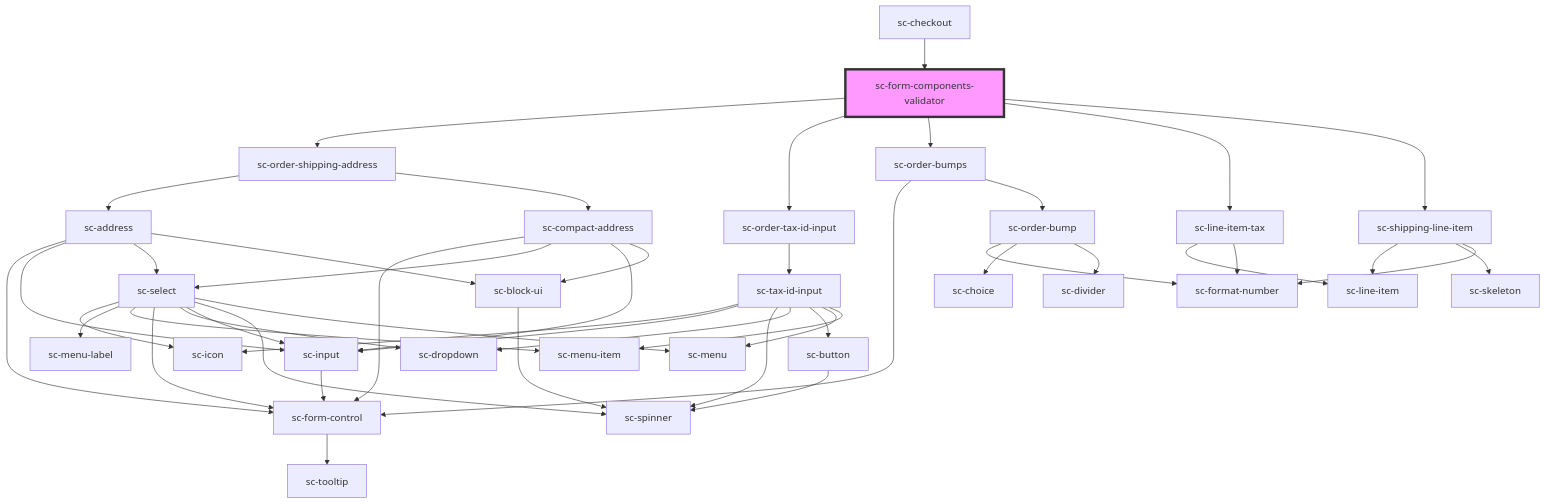
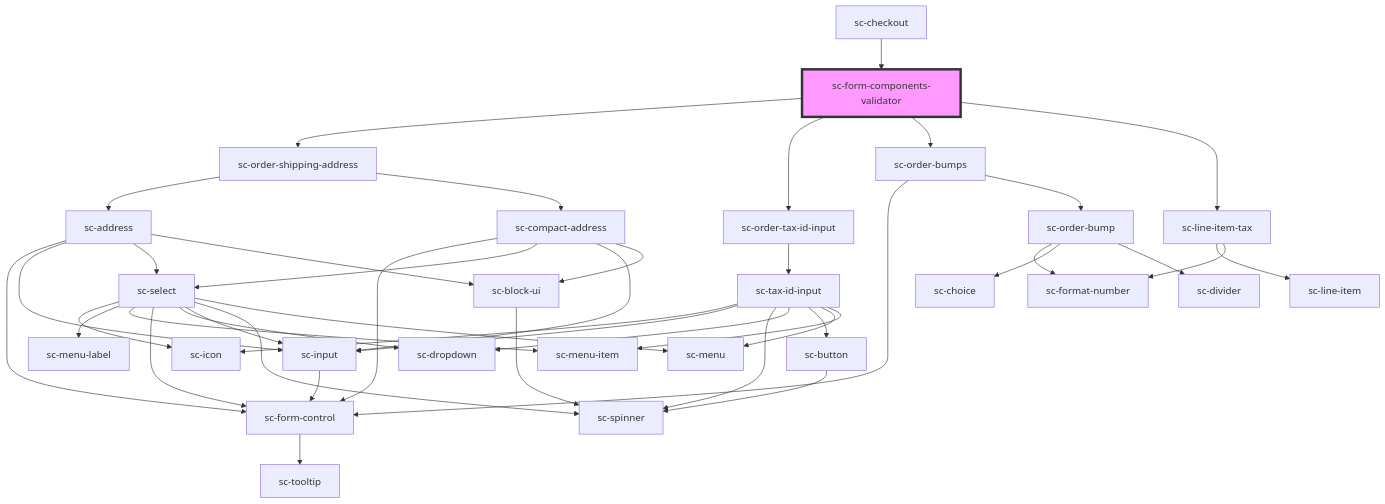
One commit to surecart/surecart-wp-plugin changed the diagram in packages/components/src/components/providers/form-components-validator/readme.md. Above: the diagram before and after it, drawn with Mermaid. The commit also changed other lines of this file and 18 other files, not shown here.

Commit message:
rename the block shippinglineitem to line item shipping

````diff
--- a/packages/components/src/components/providers/form-components-validator/readme.md
+++ b/packages/components/src/components/providers/form-components-validator/readme.md
@@ -32,50 +31,46 @@
 ```mermaid
 graph TD;
   sc-form-components-validator --> sc-order-shipping-address
   sc-form-components-validator --> sc-order-tax-id-input
   sc-form-components-validator --> sc-order-bumps
   sc-form-components-validator --> sc-line-item-tax
-  sc-form-components-validator --> sc-shipping-line-item
   sc-order-shipping-address --> sc-address
   sc-order-shipping-address --> sc-compact-address
   sc-address --> sc-form-control
   sc-address --> sc-input
   sc-address --> sc-select
   sc-address --> sc-block-ui
   sc-form-control --> sc-tooltip
   sc-input --> sc-form-control
   sc-select --> sc-icon
   sc-select --> sc-menu-label
   sc-select --> sc-menu-item
   sc-select --> sc-form-control
   sc-select --> sc-dropdown
   sc-select --> sc-input
   sc-select --> sc-spinner
   sc-select --> sc-menu
   sc-block-ui --> sc-spinner
   sc-compact-address --> sc-form-control
   sc-compact-address --> sc-select
   sc-compact-address --> sc-input
   sc-compact-address --> sc-block-ui
   sc-order-tax-id-input --> sc-tax-id-input
   sc-tax-id-input --> sc-icon
   sc-tax-id-input --> sc-input
   sc-tax-id-input --> sc-spinner
   sc-tax-id-input --> sc-dropdown
   sc-tax-id-input --> sc-button
   sc-tax-id-input --> sc-menu
   sc-tax-id-input --> sc-menu-item
   sc-button --> sc-spinner
   sc-order-bumps --> sc-form-control
   sc-order-bumps --> sc-order-bump
   sc-order-bump --> sc-format-number
   sc-order-bump --> sc-choice
   sc-order-bump --> sc-divider
   sc-line-item-tax --> sc-line-item
   sc-line-item-tax --> sc-format-number
-  sc-shipping-line-item --> sc-line-item
-  sc-shipping-line-item --> sc-skeleton
-  sc-shipping-line-item --> sc-format-number
   sc-checkout --> sc-form-components-validator
   style sc-form-components-validator fill:#f9f,stroke:#333,stroke-width:4px
 ```
````
